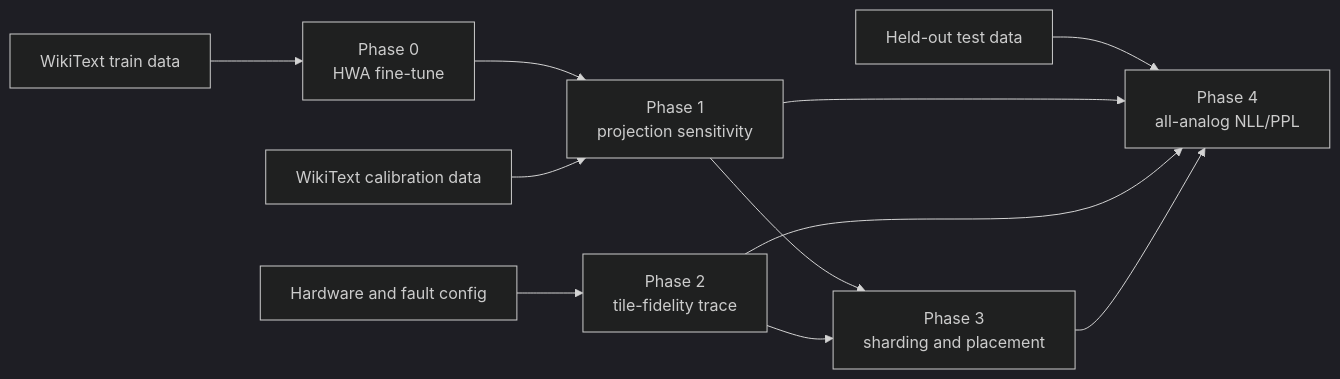
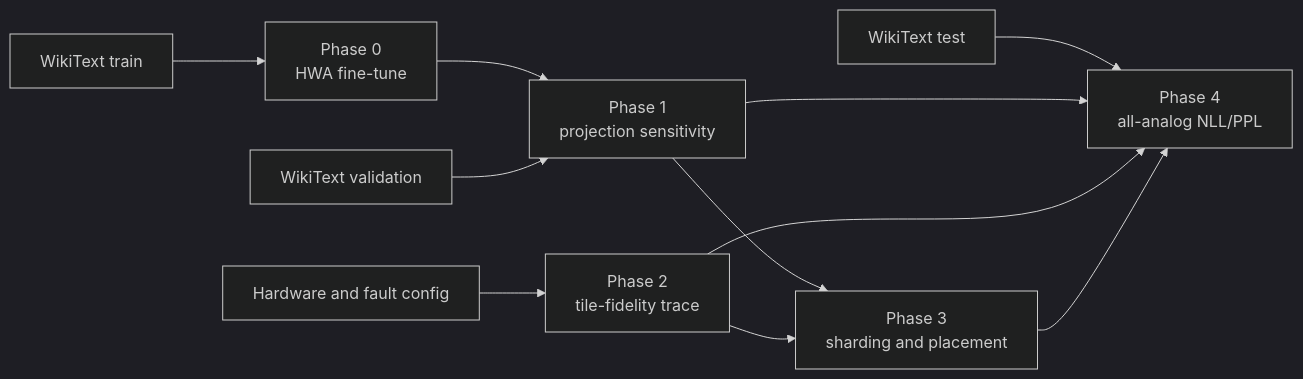
The diagram in README.md (williamhwangweiju/projection-sensitivity-mapping), drawn with Mermaid (dark theme) before and after one commit. The commit also changed other lines of this file and 13 other files, not shown here.

````diff
--- a/README.md
+++ b/README.md
@@ -20,13 +23,13 @@
 ```mermaid
 flowchart LR
-    W[WikiText train data] --> P0[Phase 0<br/>HWA fine-tune]
+    W[WikiText train] --> P0[Phase 0<br/>HWA fine-tune]
     P0 --> P1[Phase 1<br/>projection sensitivity]
-    C[WikiText calibration data] --> P1
+    C[WikiText validation] --> P1
     H[Hardware and fault config] --> P2[Phase 2<br/>tile-fidelity trace]
     P1 --> P3[Phase 3<br/>sharding and placement]
     P2 --> P3
-    T[Held-out test data] --> P4[Phase 4<br/>all-analog NLL/PPL]
+    T[WikiText test] --> P4[Phase 4<br/>all-analog NLL/PPL]
     P1 --> P4
     P2 --> P4
     P3 --> P4
 ```
````
